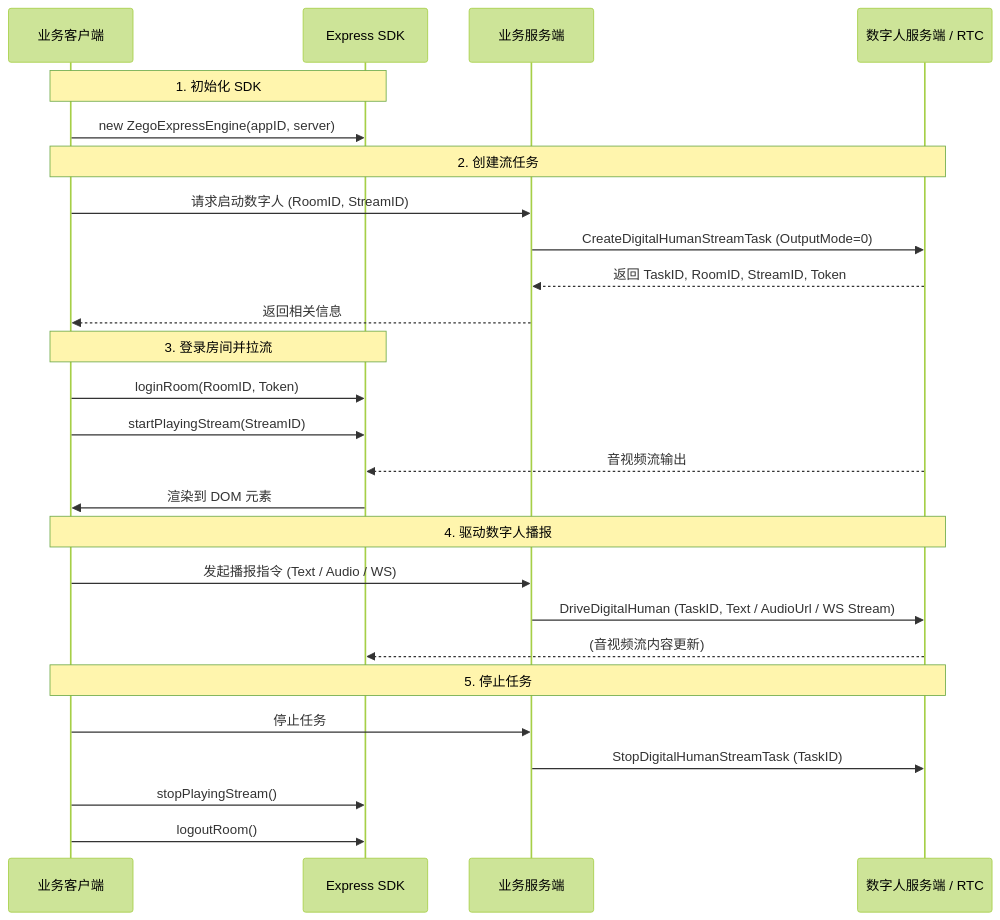
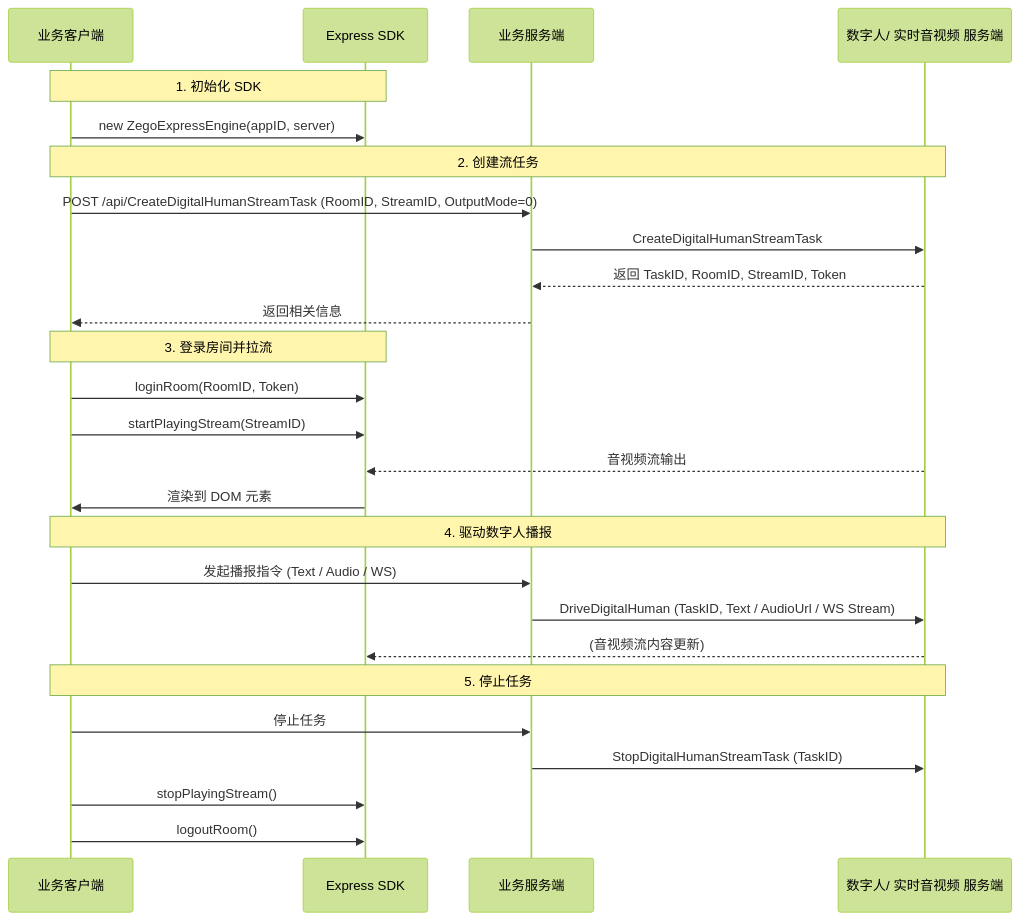
Before and after one commit to ZEGOCLOUD/docs_all: the third of 3 diagrams in core_products/digital-human/zh/android/quick-start.mdx, drawn with Mermaid (forest theme). The commit also changed other lines of this file and 8 other files, not shown here.

Commit message:
DigitalHuman: review quickstart

````diff
--- a/core_products/digital-human/zh/android/quick-start.mdx
+++ b/core_products/digital-human/zh/android/quick-start.mdx
@@ -191,33 +193,33 @@
 ```mermaid
 sequenceDiagram
     participant Client as 业务客户端
     participant Express as Express SDK
     participant Server as 业务服务端
-    participant PaaS as 数字人服务端 / RTC
+    participant PaaS as 数字人/ 实时音视频 服务端
 
     Note over Client, Express: 1. 初始化 SDK
     Client->>Express: new ZegoExpressEngine(appID, server)
 
     Note over Client, PaaS: 2. 创建流任务
-    Client->>Server: 请求启动数字人 (RoomID, StreamID)
-    Server->>PaaS: CreateDigitalHumanStreamTask (OutputMode=0)
+    Client->>Server: POST /api/CreateDigitalHumanStreamTask (RoomID, StreamID, OutputMode=0)
+    Server->>PaaS: CreateDigitalHumanStreamTask
     PaaS-->>Server: 返回 TaskID, RoomID, StreamID, Token
     Server-->>Client: 返回相关信息
 
     Note over Client, Express: 3. 登录房间并拉流
     Client->>Express: loginRoom(RoomID, Token)
     Client->>Express: startPlayingStream(StreamID)
     PaaS-->>Express: 音视频流输出
     Express->>Client: 渲染到 DOM 元素
 
     Note over Client, PaaS: 4. 驱动数字人播报
     Client->>Server: 发起播报指令 (Text / Audio / WS)
     Server->>PaaS: DriveDigitalHuman (TaskID, Text / AudioUrl / WS Stream)
     PaaS-->>Express: (音视频流内容更新)
 
     Note over Client, PaaS: 5. 停止任务
     Client->>Server: 停止任务
     Server->>PaaS: StopDigitalHumanStreamTask (TaskID)
     Client->>Express: stopPlayingStream()
     Client->>Express: logoutRoom()
 ```
````
